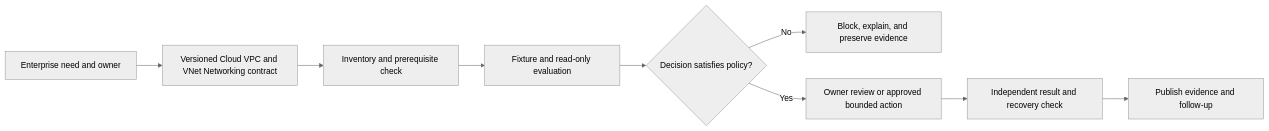
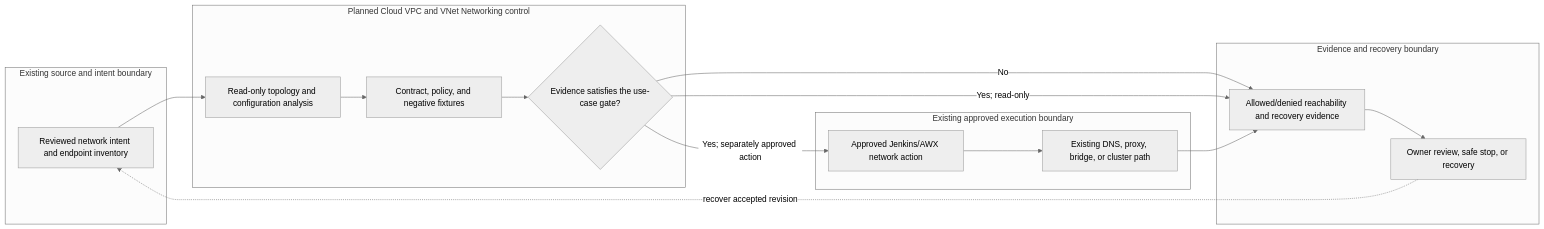
The diagram in docs/use-cases/network/UC-NET-016-cloud-vpc-and-vnet-networking.md (MIDHTECH/enterprise-architecture-docs), drawn with Mermaid (neutral theme) before and after one commit. The commit also changed other lines of this file and 227 other files, not shown here.

Commit message:
Deepen architecture for all use case designs

````diff
--- a/docs/use-cases/network/UC-NET-016-cloud-vpc-and-vnet-networking.md
+++ b/docs/use-cases/network/UC-NET-016-cloud-vpc-and-vnet-networking.md
@@ -136,11 +129,25 @@
 ```mermaid
 flowchart LR
-    Need["Enterprise need and owner"] --> Contract["Versioned Cloud VPC and VNet Networking contract"]
-    Contract --> Preflight["Inventory and prerequisite check"]
-    Preflight --> Evaluate["Fixture and read-only evaluation"]
-    Evaluate --> Decision{"Decision satisfies policy?"}
-    Decision -->|No| Stop["Block, explain, and preserve evidence"]
-    Decision -->|Yes| Review["Owner review or approved bounded action"]
-    Review --> Verify["Independent result and recovery check"]
-    Verify --> Publish["Publish evidence and follow-up"]
+    subgraph Source["Existing source and intent boundary"]
+        A["Reviewed network intent and endpoint inventory"]
+    end
+    subgraph Planned["Planned Cloud VPC and VNet Networking control"]
+        B["Read-only topology and configuration analysis"]
+        C["Contract, policy, and negative fixtures"]
+        D{"Evidence satisfies the use-case gate?"}
+    end
+    subgraph Runtime["Existing approved execution boundary"]
+        E["Approved Jenkins/AWX network action"]
+        F["Existing DNS, proxy, bridge, or cluster path"]
+    end
+    subgraph Assurance["Evidence and recovery boundary"]
+        G["Allowed/denied reachability and recovery evidence"]
+        H["Owner review, safe stop, or recovery"]
+    end
+
+    A --> B --> C --> D
+    D -->|No| G --> H
+    D -->|Yes; read-only| G
+    D -->|Yes; separately approved action| E --> F --> G
+    H -. recover accepted revision .-> A
 ```
````
